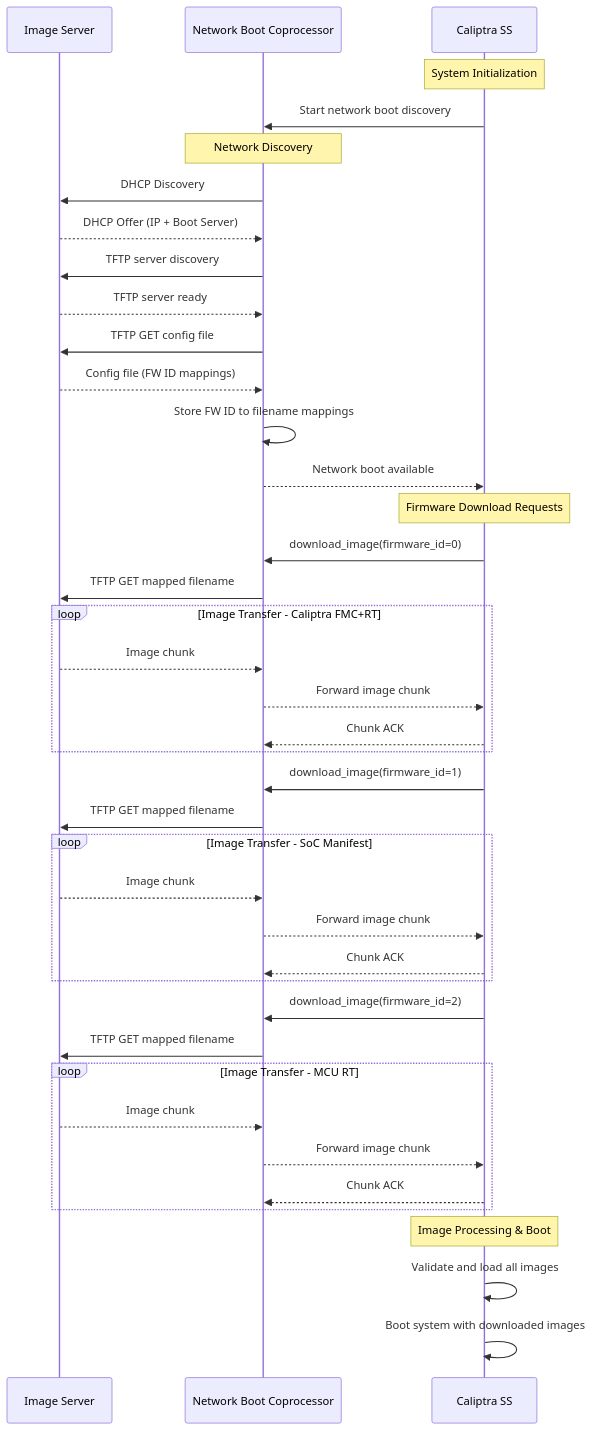
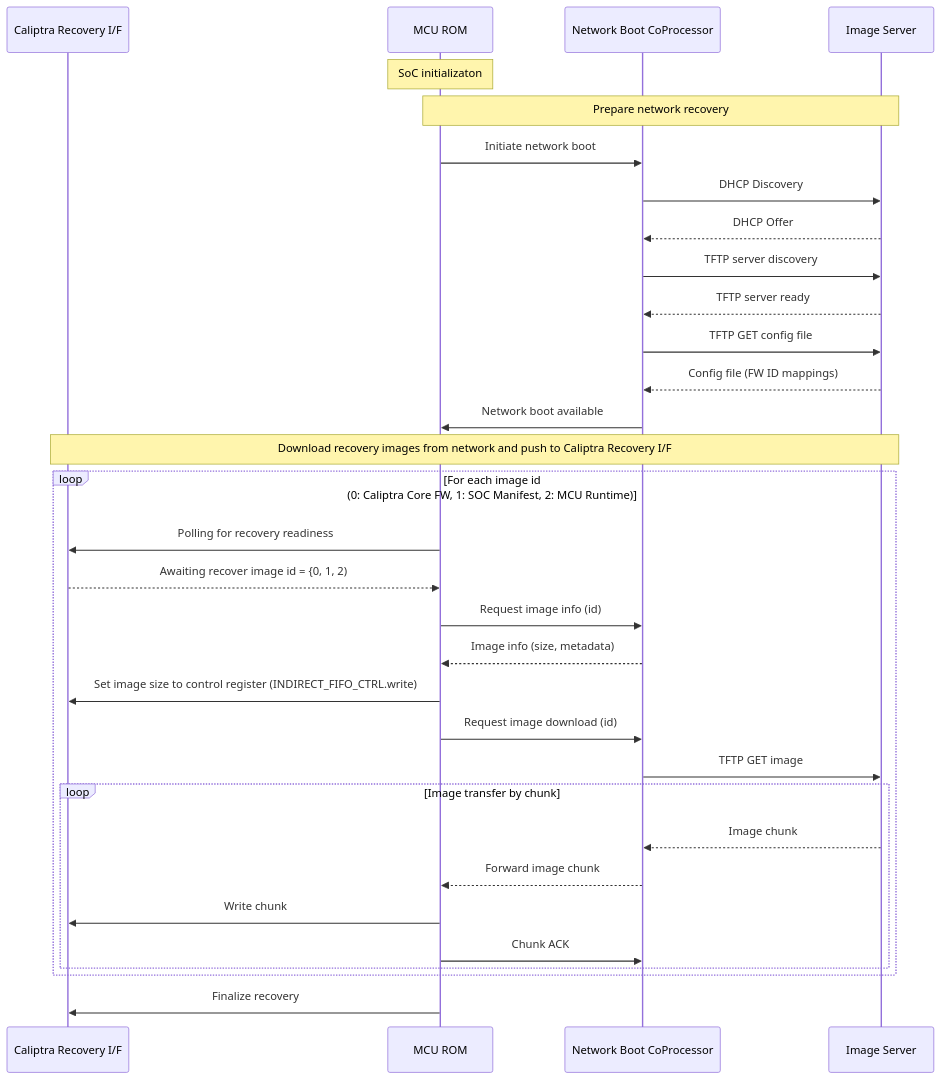
One commit to chipsalliance/caliptra-mcu-sw changed the second of 2 diagrams in docs/src/network_boot.md. Above: the diagram before and after it, drawn with Mermaid. The commit also changed other lines of this file and 4 other files, not shown here.

Commit message:
Update network recovery sequence diagram

````diff
--- a/docs/src/network_boot.md
+++ b/docs/src/network_boot.md
@@ -25,48 +25,44 @@
 ```mermaid
 sequenceDiagram
-    participant IS as Image Server
-    participant NBC as Network Boot Coprocessor
-    participant CS as Caliptra SS
+    participant Caliptra Recovery I/F
+    participant MCU ROM
+    participant Network Boot CoProcessor
+    participant Image Server
 
-    Note over CS: System Initialization
-    CS->>NBC: Start network boot discovery
-    
-    Note over NBC: Network Discovery
-    NBC->>IS: DHCP Discovery
-    IS-->>NBC: DHCP Offer (IP + Boot Server)
-    NBC->>IS: TFTP server discovery
-    IS-->>NBC: TFTP server ready
-    NBC->>IS: TFTP GET config file
-    IS-->>NBC: Config file (FW ID mappings)
-    NBC->>NBC: Store FW ID to filename mappings
-    NBC-->>CS: Network boot available
-    
-    Note over CS: Firmware Download Requests
-    CS->>NBC: download_image(firmware_id=0) # Caliptra FMC+RT
-    NBC->>IS: TFTP GET mapped filename
-    loop Image Transfer - Caliptra FMC+RT
-        IS-->>NBC: Image chunk
-        NBC-->>CS: Forward image chunk
-        CS-->>NBC: Chunk ACK
+    %% --- Initialization ---
+    Note over MCU ROM: SoC initializaton
+    Note over MCU ROM,Image Server: Prepare network recovery
+    MCU ROM->>Network Boot CoProcessor: Initiate network boot
+
+    %% --- Network Discovery ---
+    Network Boot CoProcessor->>Image Server: DHCP Discovery
+    Image Server-->>Network Boot CoProcessor: DHCP Offer
+    Network Boot CoProcessor->>Image Server: TFTP server discovery
+    Image Server-->>Network Boot CoProcessor: TFTP server ready
+    Network Boot CoProcessor->>Image Server: TFTP GET config file
+    Image Server-->>Network Boot CoProcessor: Config file (FW ID mappings)
+    Network Boot CoProcessor->>MCU ROM: Network boot available
+
+    Note over Caliptra Recovery I/F,Image Server:Download recovery images from network and push to Caliptra Recovery I/F
+
+    %% --- Image Transfer Loop ---
+    loop For each image id<br>(0: Caliptra Core FW, 1: SOC Manifest, 2: MCU Runtime)
+        MCU ROM->>Caliptra Recovery I/F: Polling for recovery readiness
+        Caliptra Recovery I/F-->>MCU ROM: Awaiting recover image id = {0, 1, 2)
+        MCU ROM->>Network Boot CoProcessor: Request image info (id)
+        Network Boot CoProcessor-->>MCU ROM: Image info (size, metadata)
+        MCU ROM->>Caliptra Recovery I/F: Set image size to control register (INDIRECT_FIFO_CTRL.write)
+        MCU ROM->>Network Boot CoProcessor: Request image download (id)
+        Network Boot CoProcessor->>Image Server: TFTP GET image
+        loop Image transfer by chunk
+            Image Server-->>Network Boot CoProcessor: Image chunk
+            Network Boot CoProcessor-->>MCU ROM: Forward image chunk
+            MCU ROM->>Caliptra Recovery I/F: Write chunk
+            MCU ROM->>Network Boot CoProcessor: Chunk ACK
+        end
     end
-    
-    CS->>NBC: download_image(firmware_id=1) # SoC Manifest
-    NBC->>IS: TFTP GET mapped filename
-    loop Image Transfer - SoC Manifest
-        IS-->>NBC: Image chunk
-        NBC-->>CS: Forward image chunk
-        CS-->>NBC: Chunk ACK
-    end
-    
-    CS->>NBC: download_image(firmware_id=2) # MCU RT Image
-    NBC->>IS: TFTP GET mapped filename
-    loop Image Transfer - MCU RT
-        IS-->>NBC: Image chunk
-        NBC-->>CS: Forward image chunk
-        CS-->>NBC: Chunk ACK
-    end
-    
-    Note over CS: Image Processing & Boot
-    CS->>CS: Validate and load all images
-    CS->>CS: Boot system with downloaded images
+
+    %% --- Finalization ---
+    MCU ROM->>Caliptra Recovery I/F: Finalize recovery
+
 ```
````
